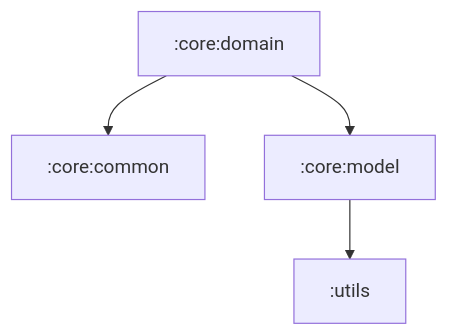
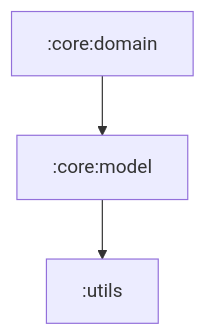
One commit to HakusFactory/hakusfactory.github.io changed the diagram in module/core/domain.md. Above: the diagram before and after it, drawn with Mermaid. The commit also changed 5 other files, not shown here.

````diff
--- a/module/core/domain.md
+++ b/module/core/domain.md
@@ -3,13 +3,11 @@
 ```mermaid
 flowchart TD
 domain[:core:domain]
 
-domain --> common
 domain --> model
 
 model[:core:model]
 model --> utils
 
 utils[:utils]
-common[:core:common]
 ```
````
